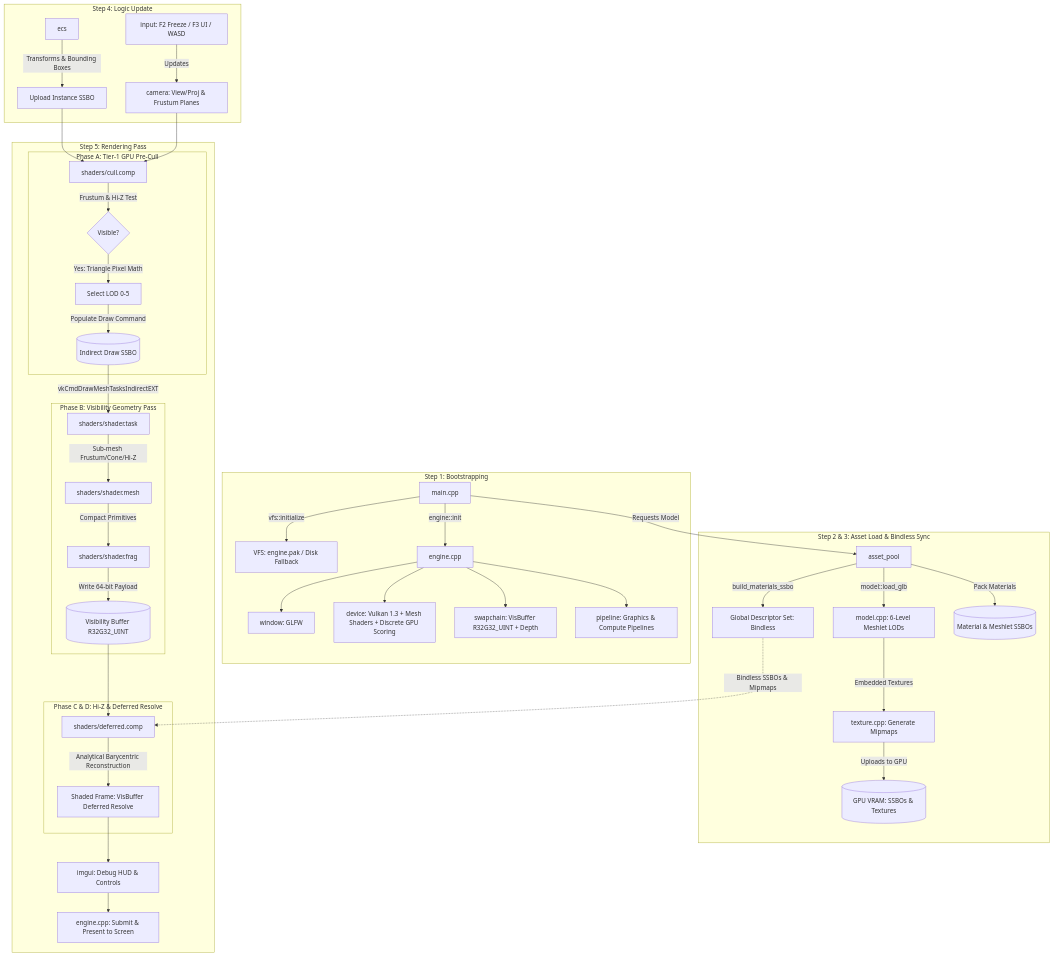
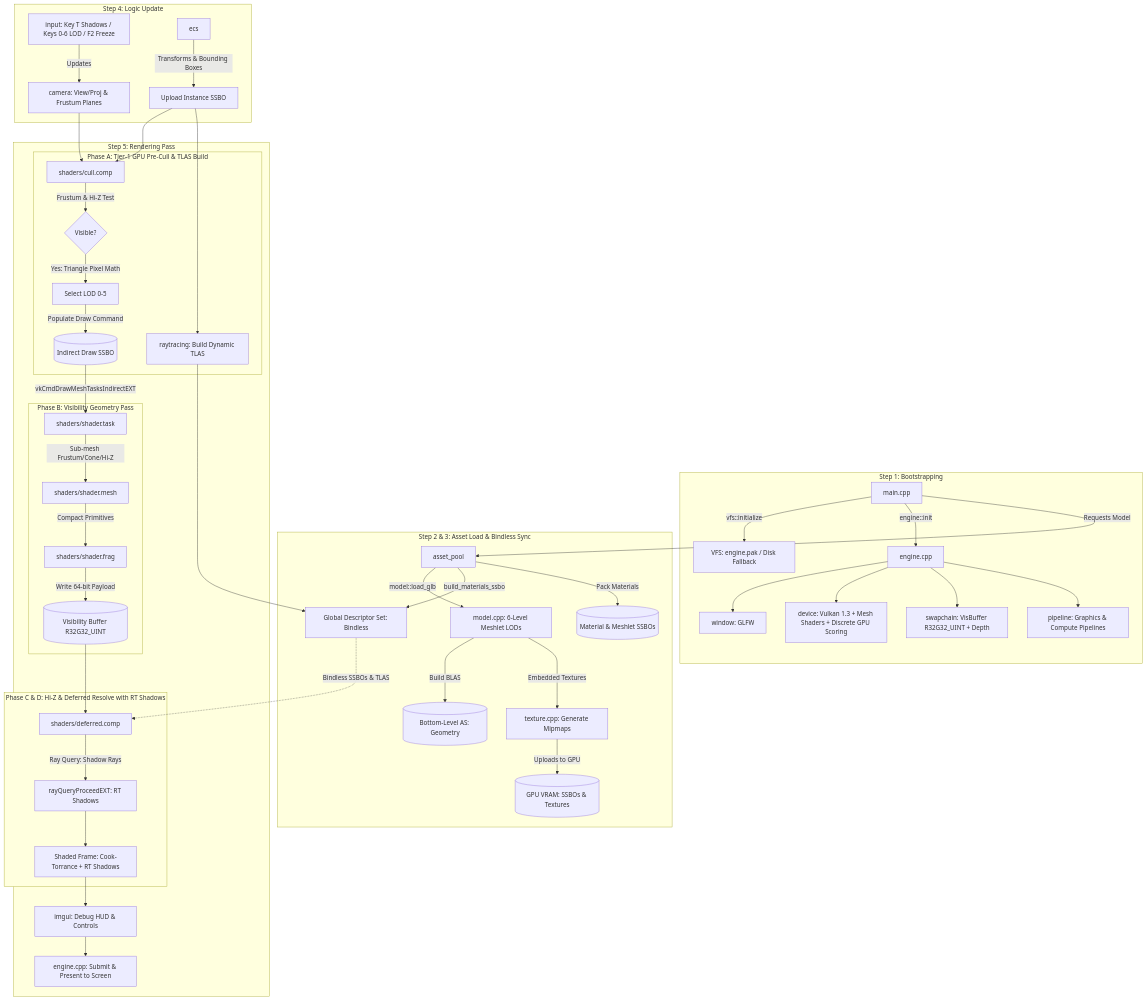
One commit to maksim-sterkis/MaksimEngine-Showcase changed the diagram in docs/flow.md. Above: the diagram before and after it, drawn with Mermaid. The commit also changed 3 other files, not shown here.

Commit message:
docs: sync Phase 4 hardware ray-traced shadows architecture

````diff
--- a/docs/flow.md
+++ b/docs/flow.md
@@ -1,59 +1,63 @@
 ```mermaid
 graph TD
     %% Step 1
     subgraph Step 1: Bootstrapping
         Main1[main.cpp] -->|vfs::initialize| VFS[VFS: engine.pak / Disk Fallback]
         Main1 -->|engine::init| Engine[engine.cpp]
         Engine --> Win[window: GLFW]
         Engine --> Dev[device: Vulkan 1.3 + Mesh Shaders + Discrete GPU Scoring]
         Engine --> Swap[swapchain: VisBuffer R32G32_UINT + Depth]
         Engine --> Pipe[pipeline: Graphics & Compute Pipelines]
     end
 
     %% Step 2 & 3
     subgraph Step 2 & 3: Asset Load & Bindless Sync
         Main1 -->|Requests Model| Pool[asset_pool]
         Pool -->|model::load_glb| Mod[model.cpp: 6-Level Meshlet LODs]
+        Mod -->|Build BLAS| BLAS[(Bottom-Level AS: Geometry)]
         Mod -->|Embedded Textures| Tex[texture.cpp: Generate Mipmaps]
         Tex -->|Uploads to GPU| VRAM[(GPU VRAM: SSBOs & Textures)]
         
         Pool -->|build_materials_ssbo| Desc[Global Descriptor Set: Bindless]
         Pool -->|Pack Materials| SSBO[(Material & Meshlet SSBOs)]
     end
 
     %% Step 4
     subgraph Step 4: Logic Update
-        Inp[input: F2 Freeze / F3 UI / WASD] -->|Updates| Cam[camera: View/Proj & Frustum Planes]
+        Inp[input: Key T Shadows / Keys 0-6 LOD / F2 Freeze] -->|Updates| Cam[camera: View/Proj & Frustum Planes]
         ECS[ecs] -->|Transforms & Bounding Boxes| Instances[Upload Instance SSBO]
     end
 
     %% Step 5
     subgraph Step 5: Rendering Pass
         %% Phase A
-        subgraph Phase A: Tier-1 GPU Pre-Cull
+        subgraph Phase A: Tier-1 GPU Pre-Cull & TLAS Build
             Instances --> CullComp[shaders/cull.comp]
             Cam --> CullComp
+            Instances --> TLAS[raytracing: Build Dynamic TLAS]
+            TLAS --> Desc
             CullComp -->|Frustum & Hi-Z Test| CullDecide{Visible?}
             CullDecide -->|Yes: Triangle Pixel Math| PickLOD[Select LOD 0-5]
             PickLOD -->|Populate Draw Command| IndBuffer[(Indirect Draw SSBO)]
         end
 
         %% Phase B
         subgraph Phase B: Visibility Geometry Pass
             IndBuffer -->|vkCmdDrawMeshTasksIndirectEXT| TaskSh[shaders/shader.task]
             TaskSh -->|Sub-mesh Frustum/Cone/Hi-Z| MeshSh[shaders/shader.mesh]
             MeshSh -->|Compact Primitives| FragSh[shaders/shader.frag]
             FragSh -->|Write 64-bit Payload| VisBuf[(Visibility Buffer R32G32_UINT)]
         end
 
         %% Phase C & D
-        subgraph Phase C & D: Hi-Z & Deferred Resolve
+        subgraph Phase C & D: Hi-Z & Deferred Resolve with RT Shadows
             VisBuf --> DefComp[shaders/deferred.comp]
-            Desc -.->|Bindless SSBOs & Mipmaps| DefComp
-            DefComp -->|Analytical Barycentric Reconstruction| ShadedFrame[Shaded Frame: VisBuffer Deferred Resolve]
+            Desc -.->|Bindless SSBOs & TLAS| DefComp
+            DefComp -->|Ray Query: Shadow Rays| RayQ[rayQueryProceedEXT: RT Shadows]
+            RayQ --> ShadedFrame[Shaded Frame: Cook-Torrance + RT Shadows]
         end
 
         ShadedFrame --> UI[imgui: Debug HUD & Controls]
         UI --> Present[engine.cpp: Submit & Present to Screen]
     end
 ```
````
